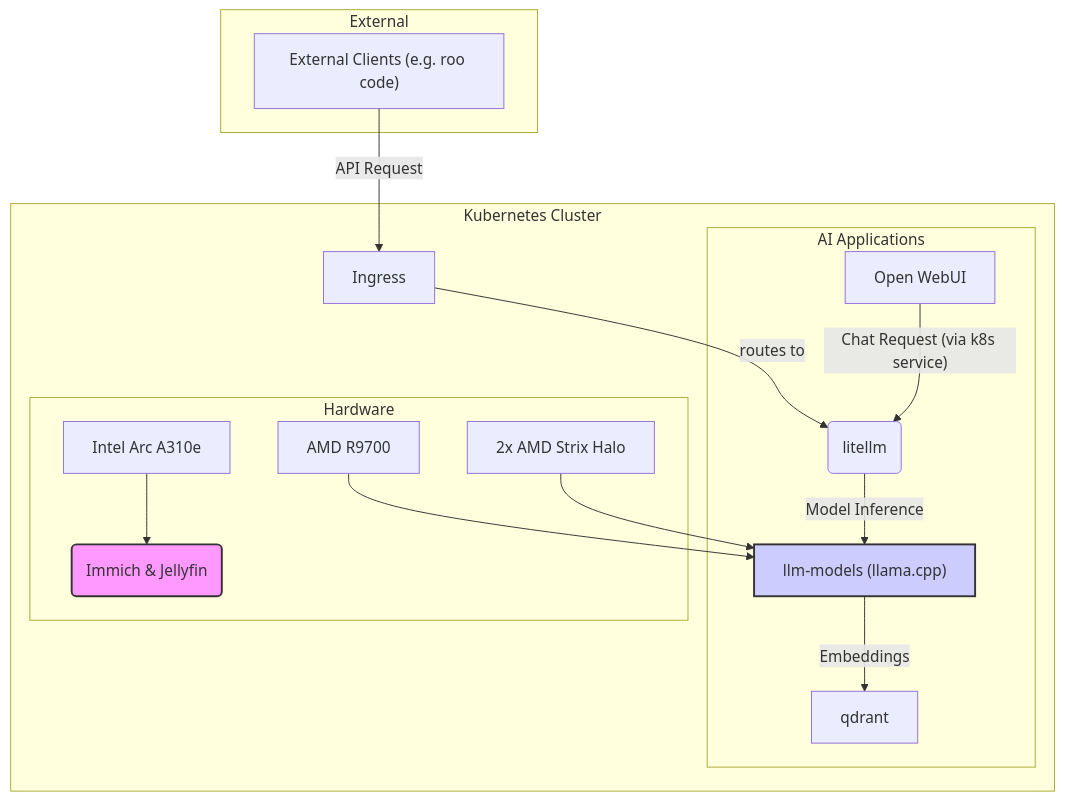
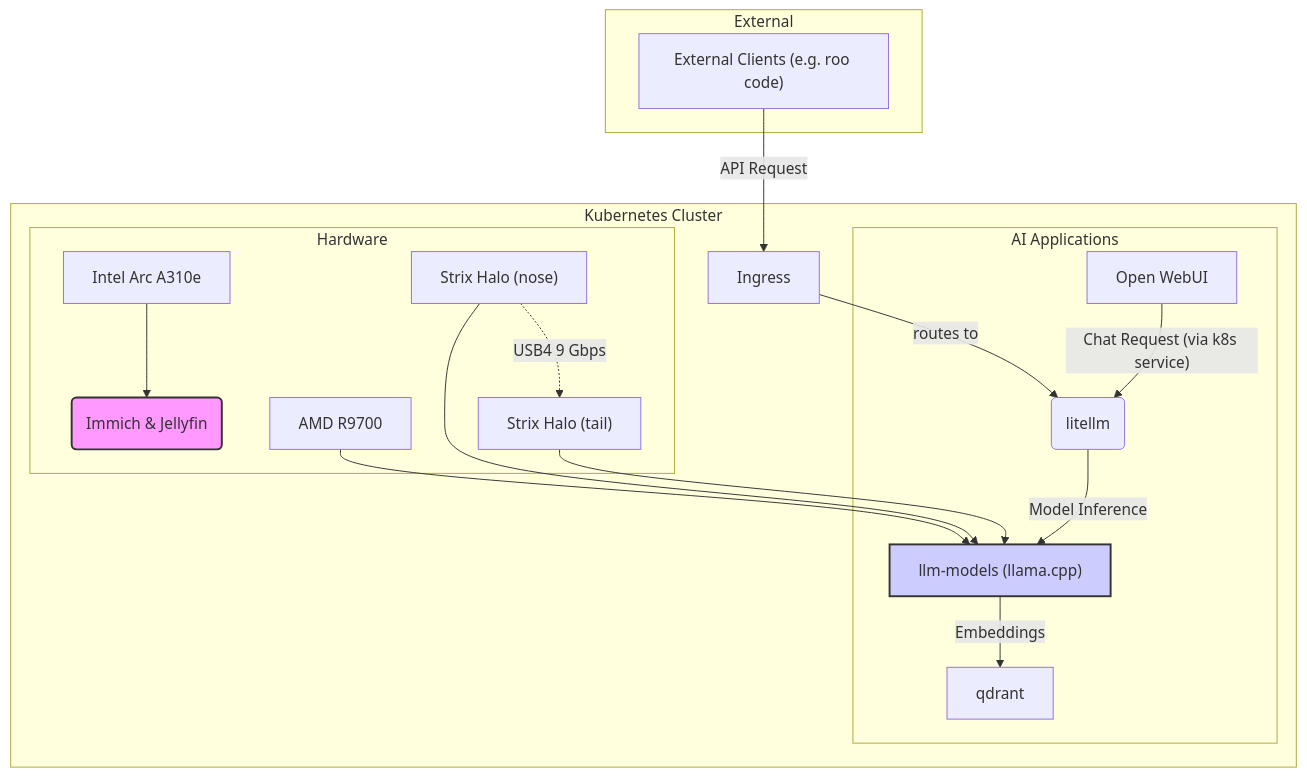
The diagram in docker/docs-site/docs/ai/index.md (blake-hamm/bhamm-lab), drawn with Mermaid before and after one commit. The commit also changed other lines of this file and 3 other files, not shown here.

````diff
--- a/docker/docs-site/docs/ai/index.md
+++ b/docker/docs-site/docs/ai/index.md
@@ -33,32 +44,34 @@
 ```mermaid
 graph TD
     subgraph "External"
         I["External Clients (e.g. roo code)"]
     end
 
     subgraph "Kubernetes Cluster"
         Ingress
 
         subgraph "AI Applications"
             A[Open WebUI]
             B(litellm)
             C["llm-models (llama.cpp)"]
             D[qdrant]
         end
 
         subgraph "Hardware"
             E[Intel Arc A310e] --> F(Immich & Jellyfin)
             G[AMD R9700] --> C
-            H[2x AMD Strix Halo] --> C
+            H1["Strix Halo (nose)"] --> C
+            H2["Strix Halo (tail)"] --> C
+            H1 -. "USB4 9 Gbps" .-> H2
         end
 
         I -- "API Request" --> Ingress
         Ingress -- "routes to" --> B
         A -- "Chat Request (via k8s service)" --> B
         B -- "Model Inference" --> C
         C -- "Embeddings" --> D
     end
 
     style F fill:#f9f,stroke:#333,stroke-width:2px
     style C fill:#ccf,stroke:#333,stroke-width:2px
 ```
````
